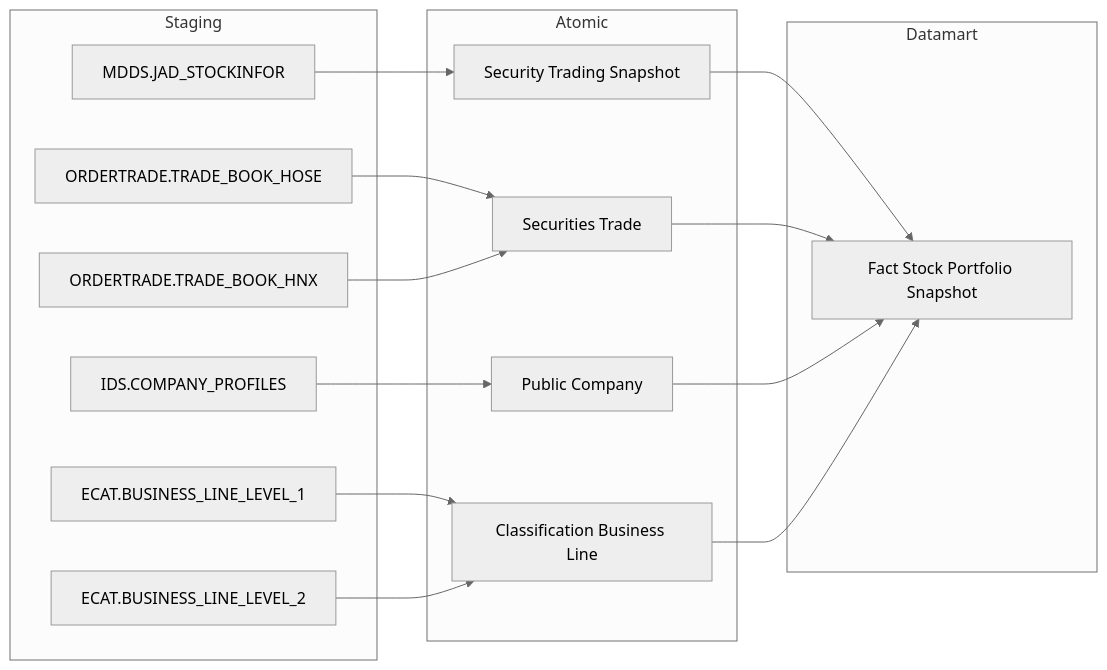
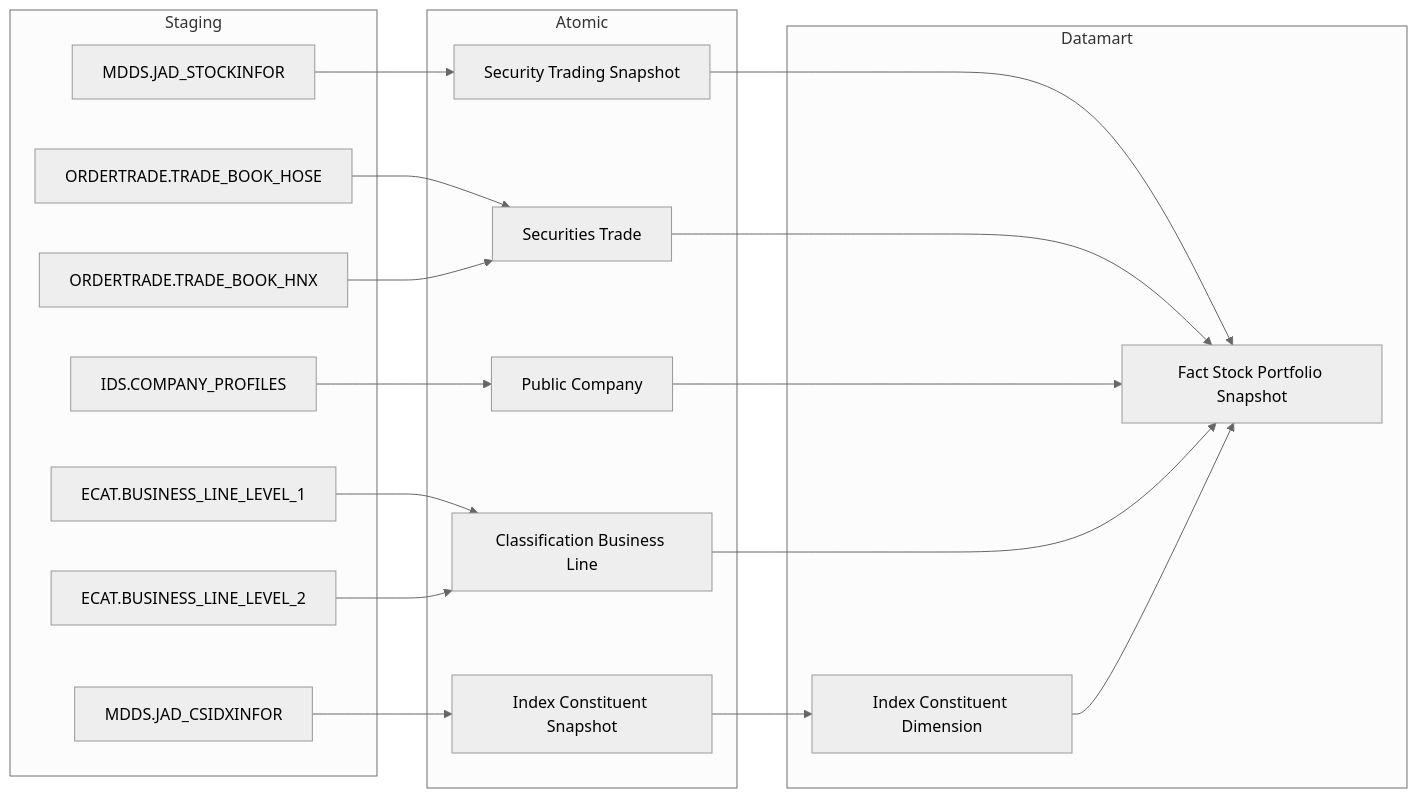
One commit to linhlvit/ubck_atomic_design changed the first of 12 diagrams in Datamart/hld/DTM_GSTT_HLD.md. Above: the diagram before and after it, drawn with Mermaid (neutral theme). The commit also changed other lines of this file and 7 other files, not shown here.

````diff
--- a/Datamart/hld/DTM_GSTT_HLD.md
+++ b/Datamart/hld/DTM_GSTT_HLD.md
@@ -14,30 +14,36 @@
 ```mermaid
 flowchart LR
     subgraph SRC["Staging"]
         S1A["MDDS.JAD_STOCKINFOR"]
         S1C["ORDERTRADE.TRADE_BOOK_HOSE"]
         S1D["ORDERTRADE.TRADE_BOOK_HNX"]
         S1E["IDS.COMPANY_PROFILES"]
         S1F["ECAT.BUSINESS_LINE_LEVEL_1"]
         S1G["ECAT.BUSINESS_LINE_LEVEL_2"]
+        S1H["MDDS.JAD_CSIDXINFOR"]
     end
     subgraph SIL["Atomic"]
         A1A["Security Trading Snapshot"]
         A1C["Securities Trade"]
         A1D["Public Company"]
         A1E["Classification Business Line"]
+        A1H["Index Constituent Snapshot"]
     end
     subgraph GOLD["Datamart"]
         fct_stock_portfolio_snpst["Fact Stock Portfolio Snapshot"]
+        index_constituent_dim["Index Constituent Dimension"]
     end
     S1A --> A1A
     S1C --> A1C
     S1D --> A1C
     S1E --> A1D
     S1F --> A1E
     S1G --> A1E
+    S1H --> A1H
     A1A --> fct_stock_portfolio_snpst
     A1C --> fct_stock_portfolio_snpst
     A1D --> fct_stock_portfolio_snpst
     A1E --> fct_stock_portfolio_snpst
+    A1H --> index_constituent_dim
+    index_constituent_dim --> fct_stock_portfolio_snpst
 ```
````
